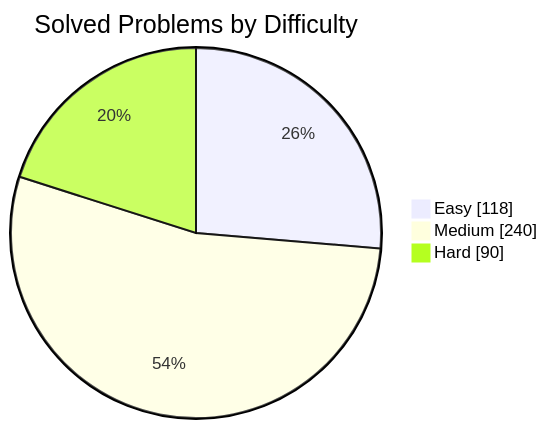
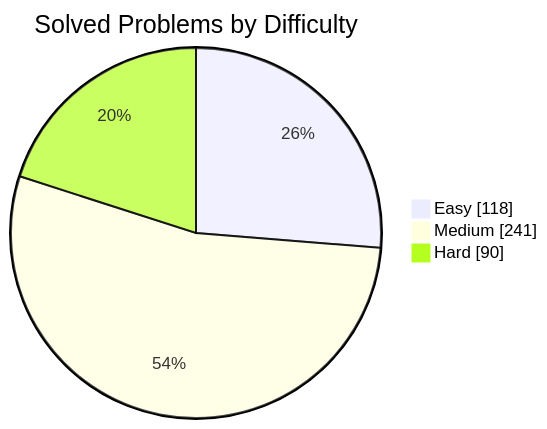
One commit to manikantbindass/DSA-Preparation-FAANG changed the first of 2 diagrams in README.md. Above: the diagram before and after it, drawn with Mermaid. The commit also changed other lines of this file and 1 other file, not shown here.

````diff
--- a/README.md
+++ b/README.md
@@ -77,7 +77,7 @@
 ```mermaid
 pie showData
     title Solved Problems by Difficulty
     "Easy" : 118
-    "Medium" : 240
+    "Medium" : 241
     "Hard" : 90
 ```
````
